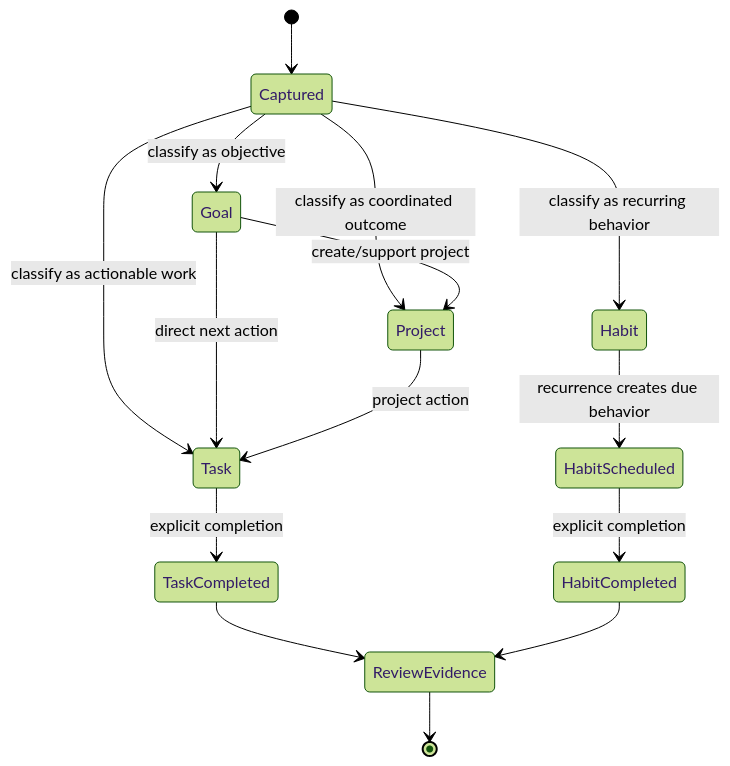
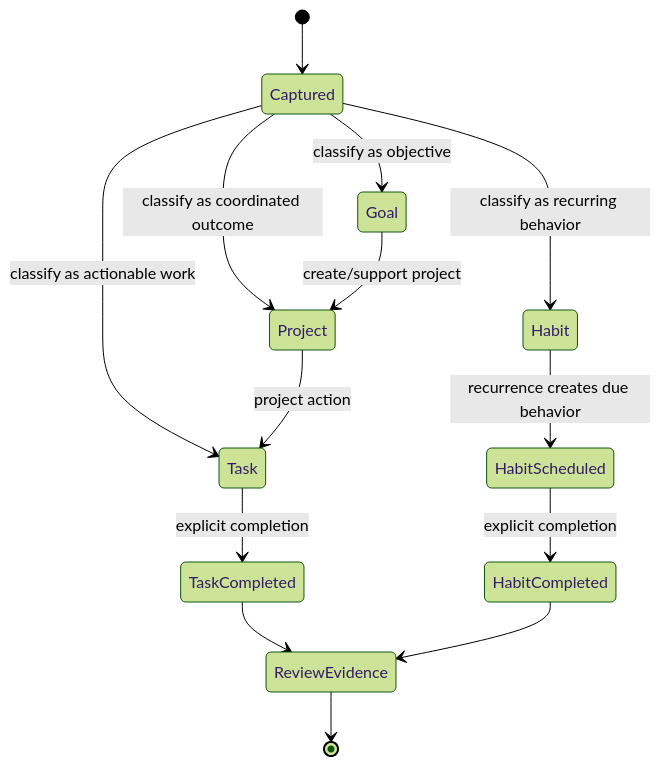
Before and after one commit to ContextualWisdomLab/life-os: the third of 11 diagrams in docs/UML.md, drawn with Mermaid (forest theme). The commit also changed other lines of this file, not shown here.

Commit message:
docs: correct event and database ownership diagrams

````diff
--- a/docs/UML.md
+++ b/docs/UML.md
@@ -86,19 +94,18 @@
 ```mermaid
 stateDiagram-v2
     [*] --> Captured
     Captured --> Goal: classify as objective
     Captured --> Project: classify as coordinated outcome
     Captured --> Task: classify as actionable work
     Captured --> Habit: classify as recurring behavior
 
     Goal --> Project: create/support project
-    Goal --> Task: direct next action
     Project --> Task: project action
     Habit --> HabitScheduled: recurrence creates due behavior
 
     Task --> TaskCompleted: explicit completion
     HabitScheduled --> HabitCompleted: explicit completion
     TaskCompleted --> ReviewEvidence
     HabitCompleted --> ReviewEvidence
     ReviewEvidence --> [*]
 ```
````
